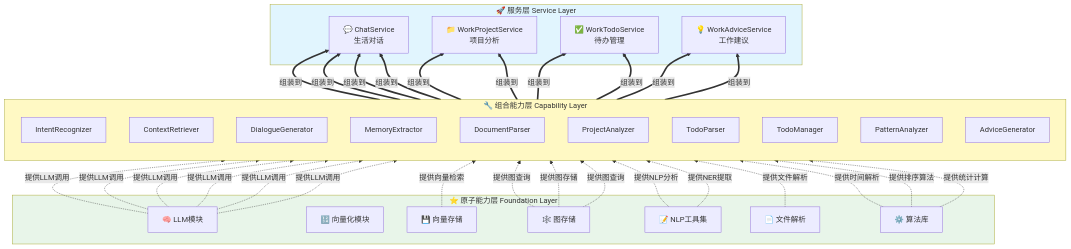
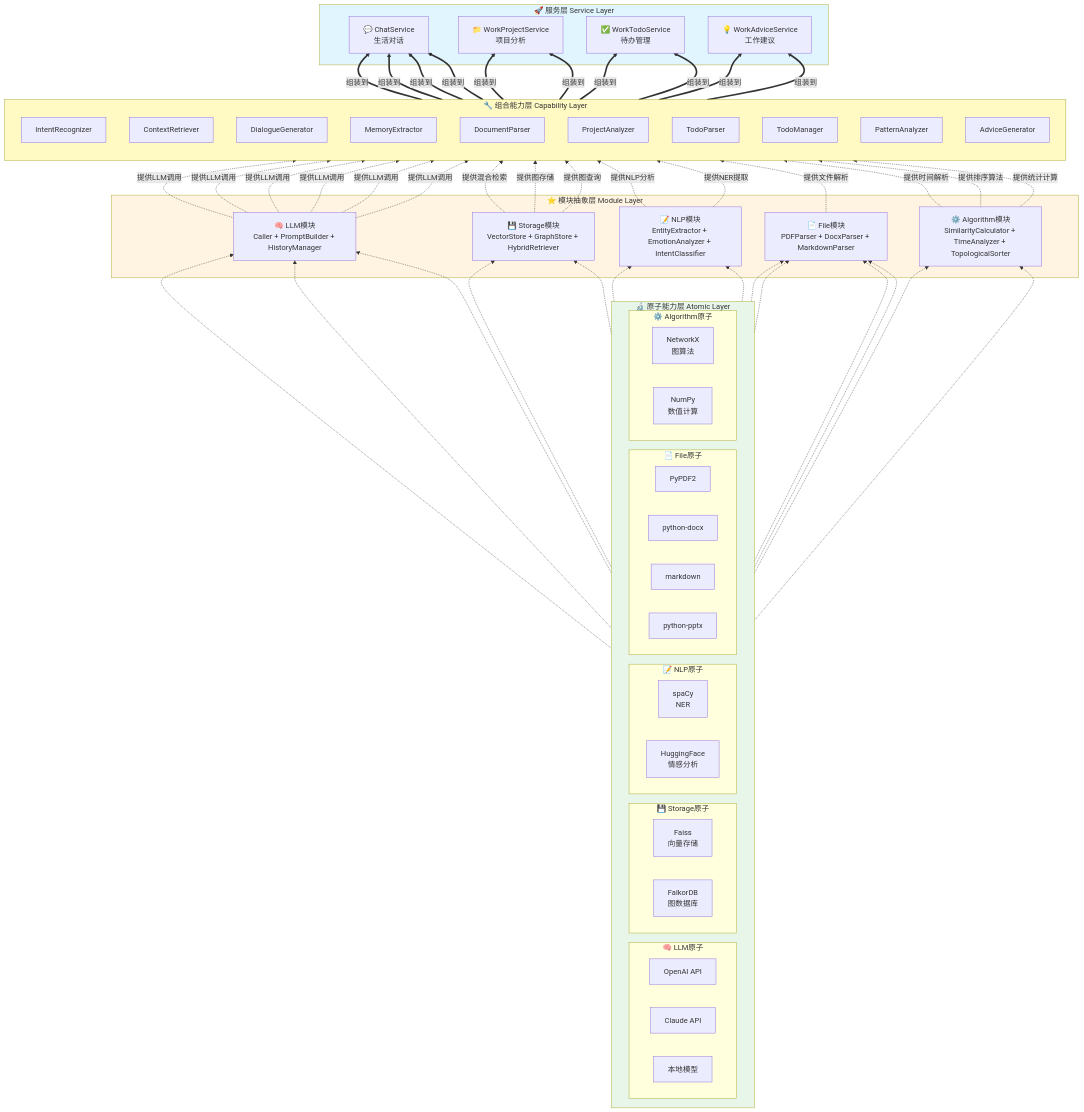
The first of 13 diagrams in ame-doc/architecture.md (kailiangenn/another-me), drawn with Mermaid before and after one commit. The commit also changed other lines of this file, not shown here.

````diff
--- a/ame-doc/architecture.md
+++ b/ame-doc/architecture.md
@@ -81,13 +98,43 @@
 ```mermaid
 graph BT
-    subgraph Foundation["⭐ 原子能力层 Foundation Layer"]
-        LLM["🧠 LLM模块"]
-        EMB["🔢 向量化模块"]
-        VS["💾 向量存储"]
-        GS["🕸️ 图存储"]
-        NLP["📝 NLP工具集"]
-        FP["📄 文件解析"]
-        ALG["⚙️ 算法库"]
+    subgraph Atomic["🔬 原子能力层 Atomic Layer"]
+        direction LR
+        
+        subgraph LLM_Atomic["🧠 LLM原子"]
+            OAI["OpenAI API"]
+            Claude["Claude API"]
+            Local["本地模型"]
+        end
+        
+        subgraph Storage_Atomic["💾 Storage原子"]
+            Faiss["Faiss<br/>向量存储"]
+            Falkor["FalkorDB<br/>图数据库"]
+        end
+        
+        subgraph NLP_Atomic["📝 NLP原子"]
+            spaCy["spaCy<br/>NER"]
+            HF["HuggingFace<br/>情感分析"]
+        end
+        
+        subgraph File_Atomic["📄 File原子"]
+            PyPDF["PyPDF2"]
+            Docx["python-docx"]
+            MD["markdown"]
+            PPT["python-pptx"]
+        end
+        
+        subgraph Algo_Atomic["⚙️ Algorithm原子"]
+            NX["NetworkX<br/>图算法"]
+            NP["NumPy<br/>数值计算"]
+        end
+    end
+    
+    subgraph Module["⭐ 模块抽象层 Module Layer"]
+        LLM["🧠 LLM模块<br/>Caller + PromptBuilder + HistoryManager"]
+        Storage["💾 Storage模块<br/>VectorStore + GraphStore + HybridRetriever"]
+        NLP["📝 NLP模块<br/>EntityExtractor + EmotionAnalyzer + IntentClassifier"]
+        File["📄 File模块<br/>PDFParser + DocxParser + MarkdownParser"]
+        Algorithm["⚙️ Algorithm模块<br/>SimilarityCalculator + TimeAnalyzer + TopologicalSorter"]
     end
     
     subgraph Capability["🔧 组合能力层 Capability Layer"]
@@ -111,7 +158,26 @@
         WAS["💡 WorkAdviceService<br/>工作建议"]
     end
     
-    %% 基础层向组合层提供能力
+    %% 原子层向模块层提供实现
+    OAI -.-> LLM
+    Claude -.-> LLM
+    Local -.-> LLM
+    
+    Faiss -.-> Storage
+    Falkor -.-> Storage
+    
+    spaCy -.-> NLP
+    HF -.-> NLP
+    
+    PyPDF -.-> File
+    Docx -.-> File
+    MD -.-> File
+    PPT -.-> File
+    
+    NX -.-> Algorithm
+    NP -.-> Algorithm
+    
+    %% 模块层向组合层提供能力
     LLM -.->|提供LLM调用| IR
     LLM -.->|提供LLM调用| DG
     LLM -.->|提供LLM调用| ME
@@ -119,19 +185,18 @@
     LLM -.->|提供LLM调用| TP
     LLM -.->|提供LLM调用| AG
     
-    VS -.->|提供向量检索| CR
-    GS -.->|提供图查询| CR
-    GS -.->|提供图存储| TM
-    GS -.->|提供图查询| PtA
+    Storage -.->|提供混合检索| CR
+    Storage -.->|提供图存储| TM
+    Storage -.->|提供图查询| PtA
     
     NLP -.->|提供NLP分析| ME
     NLP -.->|提供NER提取| PA
     
-    FP -.->|提供文件解析| DP
+    File -.->|提供文件解析| DP
     
-    ALG -.->|提供时间解析| TP
-    ALG -.->|提供排序算法| TM
-    ALG -.->|提供统计计算| PtA
+    Algorithm -.->|提供时间解析| TP
+    Algorithm -.->|提供排序算法| TM
+    Algorithm -.->|提供统计计算| PtA
     
     %% 组合层向服务层提供能力
     IR ==>|组装到| CS
@@ -148,7 +213,8 @@
     PtA ==>|组装到| WAS
     AG ==>|组装到| WAS
     
-    style Foundation fill:#e8f5e9
+    style Atomic fill:#e8f5e9
+    style Module fill:#fff4e1
     style Capability fill:#fff9c4
     style Service fill:#e1f5fe
 ```
````
